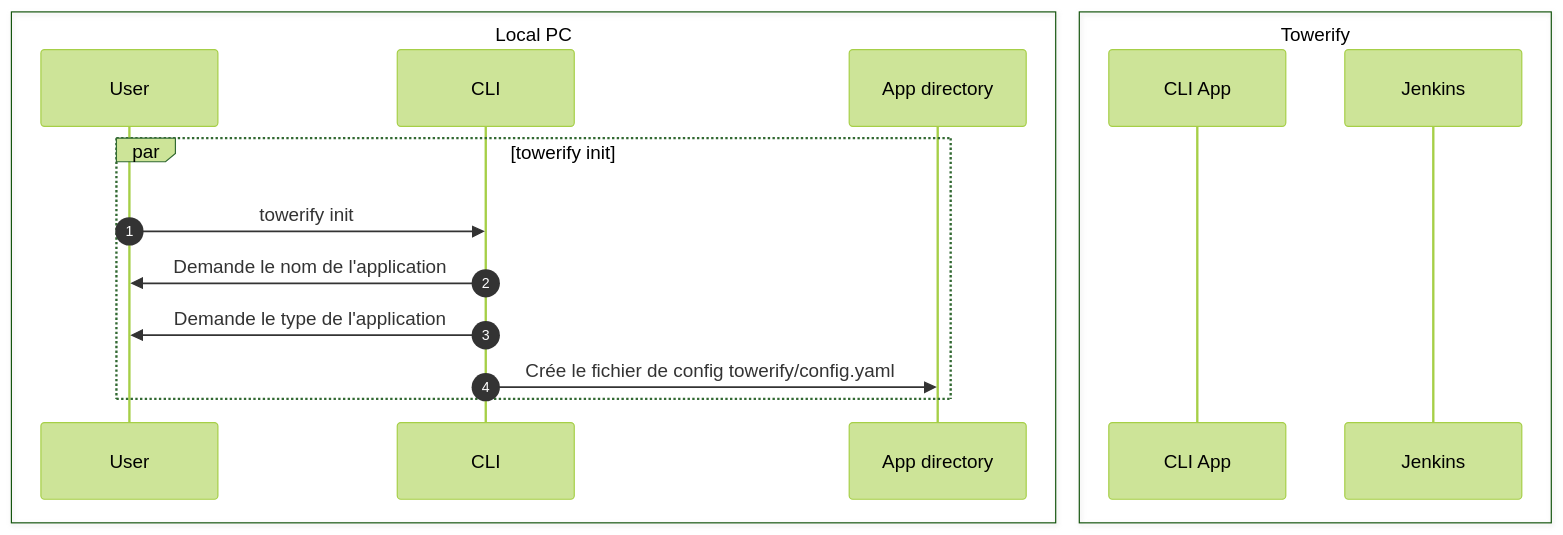
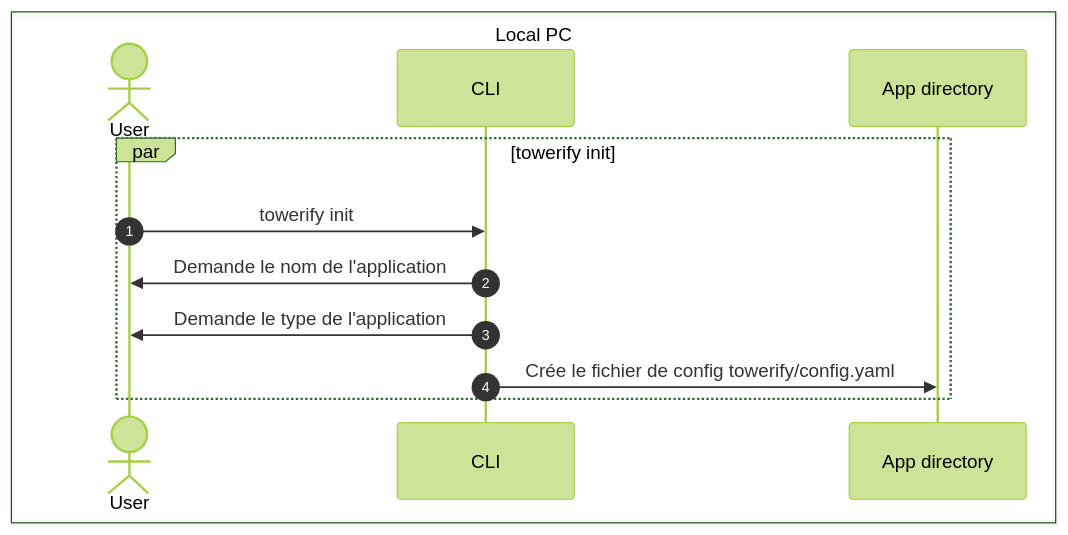
One commit to computablefacts/towerify-docs changed the third of 4 diagrams in docs/cli/interne/coder.md. Above: the diagram before and after it, drawn with Mermaid (forest theme). The commit also changed other lines of this file, not shown here.

Commit message:
Update CLI needed behaviors

````diff
--- a/docs/cli/interne/coder.md
+++ b/docs/cli/interne/coder.md
@@ -172,23 +198,18 @@
 ``` mermaid
 sequenceDiagram
   autonumber
   box Local PC
-    participant User
+    actor User
     participant CLI
     participant App as App directory
-  end
-
-  box Towerify
-    participant AppCLI as CLI App
-    participant Jenkins
   end
 
   par towerify init
     User ->> CLI: towerify init
 
     CLI ->> User: Demande le nom de l'application
     CLI ->> User: Demande le type de l'application
 
     CLI ->> App: Crée le fichier de config towerify/config.yaml
   end
 ```
````
